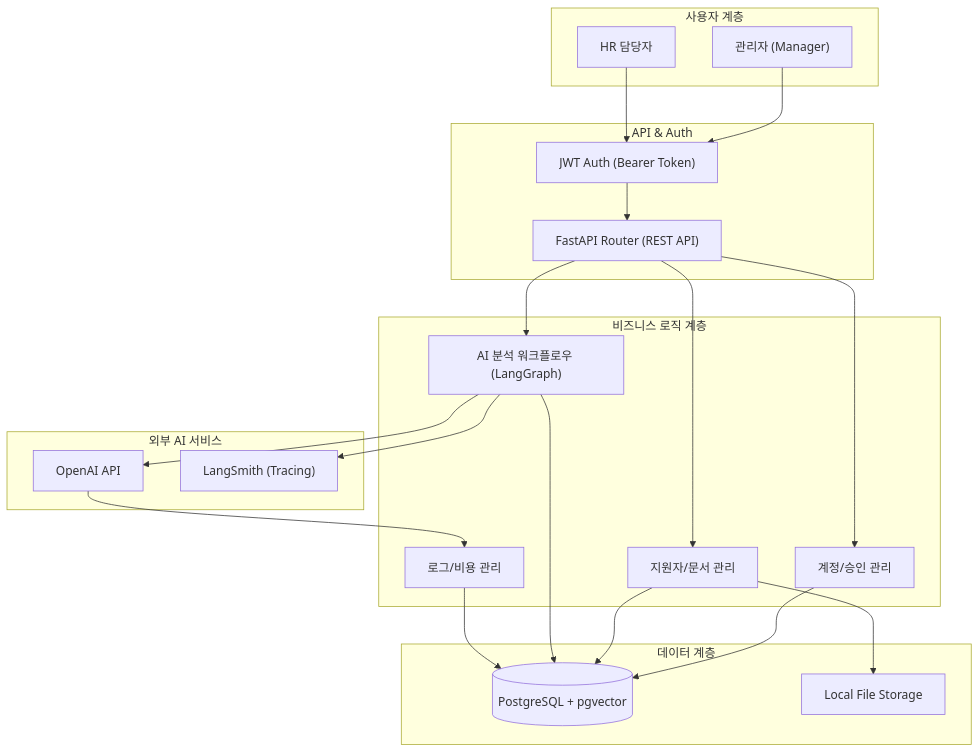
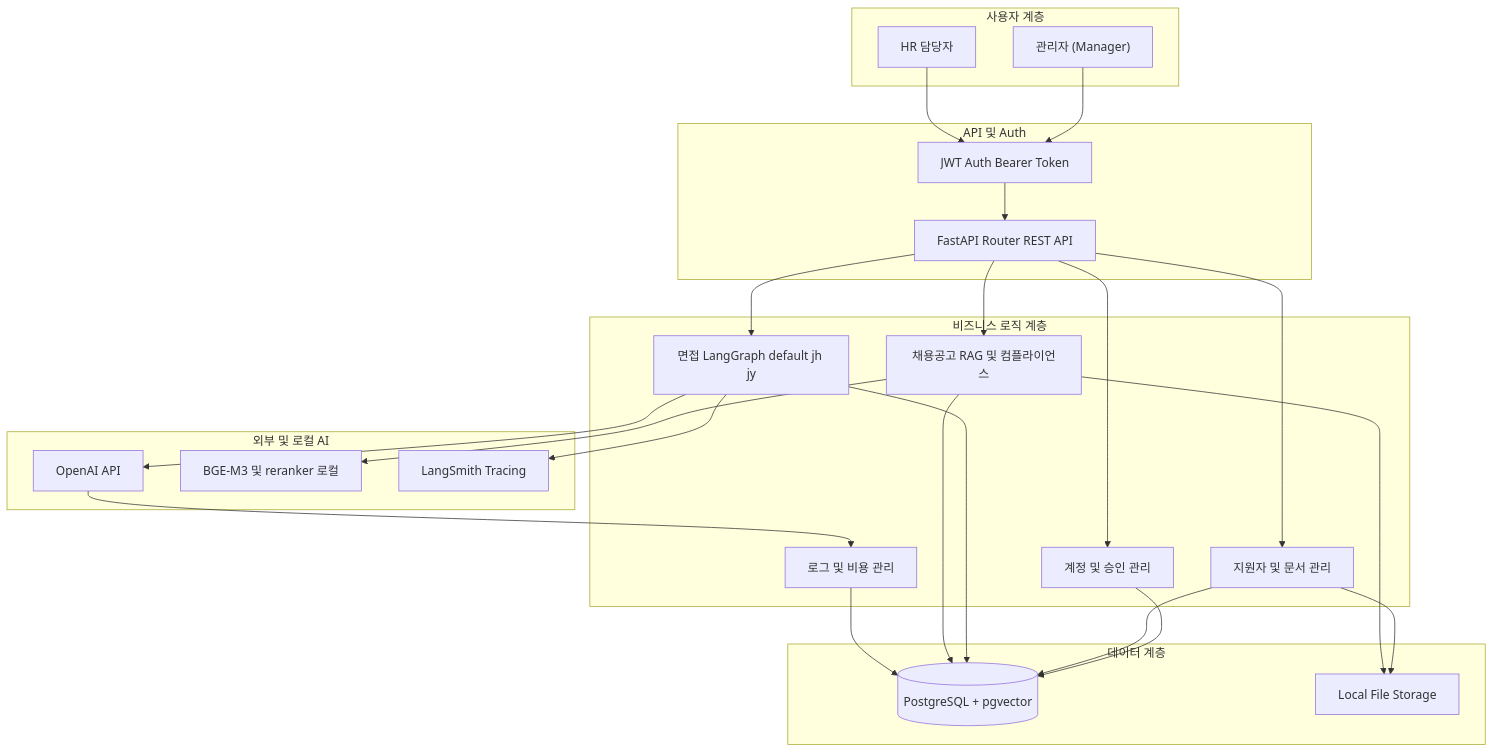
The third of 3 diagrams in README.md (bamti95/hr-copilot), drawn with Mermaid before and after one commit. The commit also changed other lines of this file, not shown here.

First line of the commit message:
docs: README를 현재 구현 기준으로 갱신하고 RAG·로컬 실행 섹션 추가

````diff
--- a/README.md
+++ b/README.md
@@ -130,37 +261,40 @@
 ```mermaid
 graph TD
     subgraph Client_Layer [사용자 계층]
         Admin["관리자 (Manager)"]
         User["HR 담당자"]
     end
 
-    subgraph API_Layer [API & Auth]
-        Auth["JWT Auth (Bearer Token)"]
-        Router["FastAPI Router (REST API)"]
+    subgraph API_Layer [API 및 Auth]
+        Auth["JWT Auth Bearer Token"]
+        Router["FastAPI Router REST API"]
     end
 
     subgraph Logic_Layer [비즈니스 로직 계층]
-        Account["계정/승인 관리"]
-        Candidate["지원자/문서 관리"]
-        LLMEngine["AI 분석 워크플로우 (LangGraph)"]
-        CostLog["로그/비용 관리"]
+        Account["계정 및 승인 관리"]
+        Candidate["지원자 및 문서 관리"]
+        InterviewGraph["면접 LangGraph default jh jy"]
+        JobPostingRAG["채용공고 RAG 및 컴플라이언스"]
+        CostLog["로그 및 비용 관리"]
     end
 
     subgraph Data_Layer [데이터 계층]
         DB[(PostgreSQL + pgvector)]
         FS["Local File Storage"]
     end
 
-    subgraph AI_Engine [외부 AI 서비스]
+    subgraph AI_Engine [외부 및 로컬 AI]
         OpenAI["OpenAI API"]
-        LangSmith["LangSmith (Tracing)"]
+        BGE["BGE-M3 및 reranker 로컬"]
+        LangSmith["LangSmith Tracing"]
     end
 
     Admin & User --> Auth --> Router
-    Router --> Account & Candidate & LLMEngine
-    Account & Candidate & LLMEngine --> DB
-    Candidate --> FS
-    LLMEngine --> OpenAI
-    LLMEngine --> LangSmith
+    Router --> Account & Candidate & InterviewGraph & JobPostingRAG
+    Account & Candidate & InterviewGraph & JobPostingRAG --> DB
+    Candidate & JobPostingRAG --> FS
+    InterviewGraph --> OpenAI
+    InterviewGraph --> LangSmith
+    JobPostingRAG --> BGE
     OpenAI --> CostLog --> DB
 ```
````
